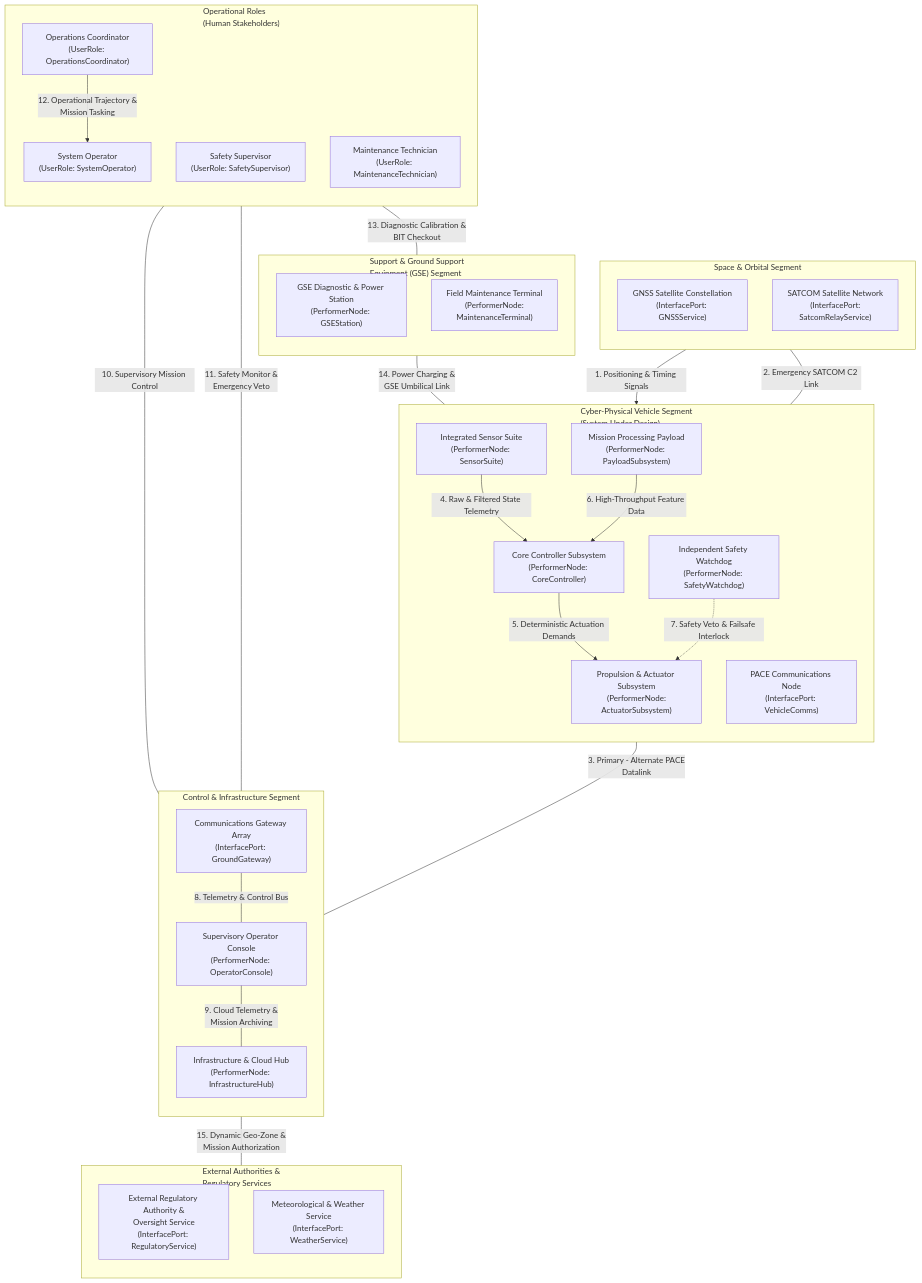
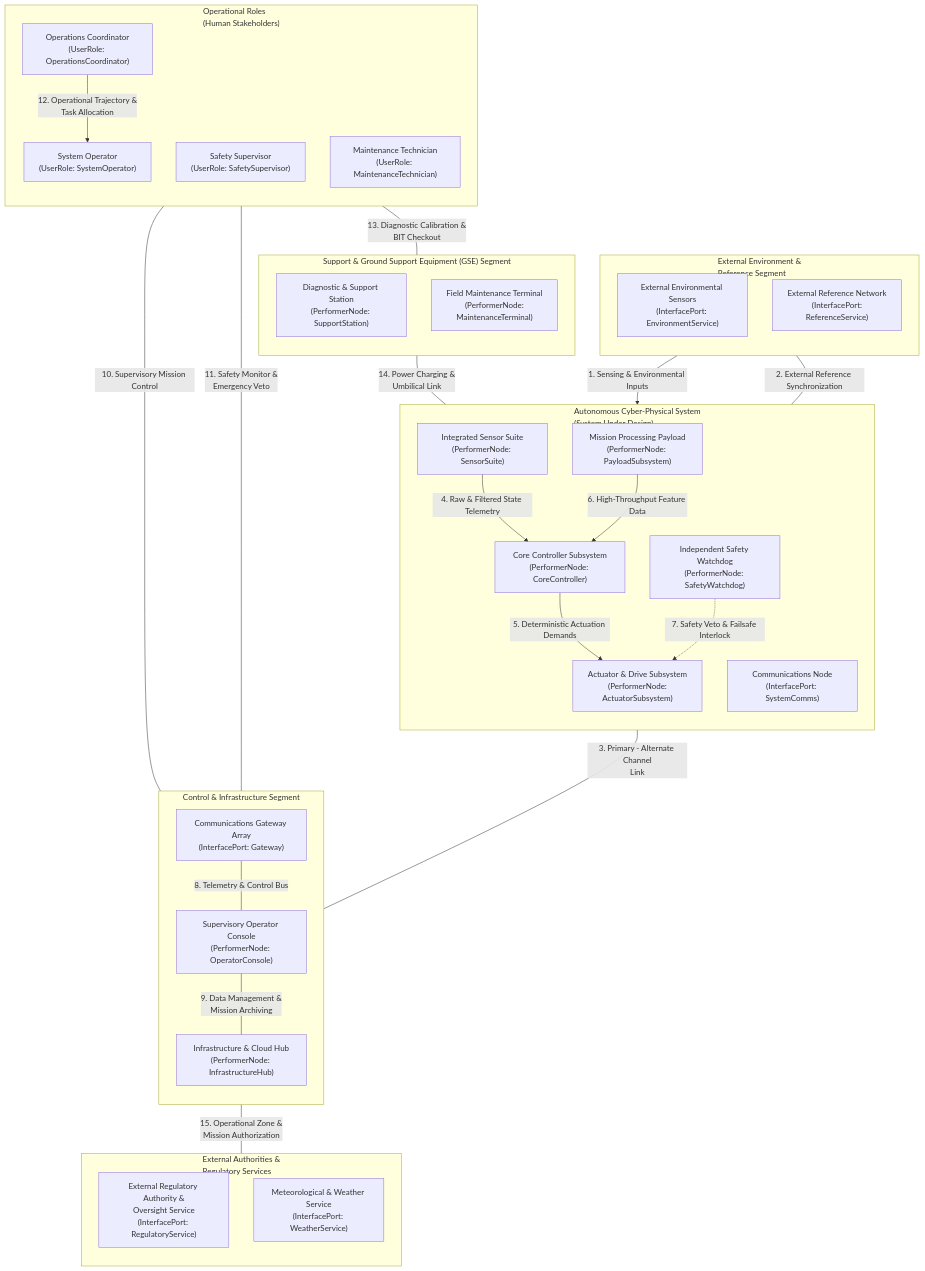
The first of 2 diagrams in skills/spec-conops-engineering/resources/units/conops/01_METADATA_AND_OVERVIEW.md (gintatkinson/DEAP-avionic-flight-safety), drawn with Mermaid before and after one commit. The commit also changed other lines of this file and 256 other files, not shown here.

````diff
--- a/skills/spec-conops-engineering/resources/units/conops/01_METADATA_AND_OVERVIEW.md
+++ b/skills/spec-conops-engineering/resources/units/conops/01_METADATA_AND_OVERVIEW.md
@@ -158,61 +158,61 @@
 ```mermaid
 flowchart TB
-    subgraph SpaceSegment["Space & Orbital Segment"]
+    subgraph ExternalEnvironmentSegment["External Environment &<br/>Reference Segment"]
         direction TB
-        GNSSConstellation["GNSS Satellite Constellation<br/>(InterfacePort: GNSSService)"]
-        SatcomRelay["SATCOM Satellite Network<br/>(InterfacePort:<br/>SatcomRelayService)"]
+        ExternalSensors["External Environmental Sensors<br/>(InterfacePort: EnvironmentService)"]
+        ExternalReference["External Reference Network<br/>(InterfacePort:<br/>ReferenceService)"]
     end
 
-    subgraph VehicleSegment["Cyber-Physical Vehicle Segment<br/>(System Under Design)"]
+    subgraph SystemSegment["Autonomous Cyber-Physical System<br/>(System Under Design)"]
         direction TB
         CoreController["Core Controller Subsystem<br/>(PerformerNode: CoreController)"]
         SensorSuite["Integrated Sensor Suite<br/>(PerformerNode: SensorSuite)"]
-        ActuatorSubsystem["Propulsion & Actuator Subsystem<br/>(PerformerNode:<br/>ActuatorSubsystem)"]
+        ActuatorSubsystem["Actuator & Drive Subsystem<br/>(PerformerNode:<br/>ActuatorSubsystem)"]
         PayloadSubsystem["Mission Processing Payload<br/>(PerformerNode: PayloadSubsystem)"]
-        VehicleComms["PACE Communications Node<br/>(InterfacePort: VehicleComms)"]
+        SystemComms["Communications Node<br/>(InterfacePort: SystemComms)"]
         SafetyWatchdog["Independent Safety Watchdog<br/>(PerformerNode: SafetyWatchdog)"]
     end
 
     subgraph ControlSegment["Control & Infrastructure Segment"]
         direction TB
         OperatorConsole["Supervisory Operator Console<br/>(PerformerNode: OperatorConsole)"]
-        GroundCommsArray["Communications Gateway Array<br/>(InterfacePort: GroundGateway)"]
+        CommsGatewayArray["Communications Gateway Array<br/>(InterfacePort: Gateway)"]
         InfrastructureHub["Infrastructure & Cloud Hub<br/>(PerformerNode: InfrastructureHub)"]
     end
 
-    subgraph SupportSegment["Support & Ground Support<br/>Equipment (GSE) Segment"]
+    subgraph SupportSegment["Support & Ground Support Equipment (GSE) Segment"]
         direction TB
-        GroundSupportEquipment["GSE Diagnostic & Power Station<br/>(PerformerNode: GSEStation)"]
+        SupportEquipment["Diagnostic & Support Station<br/>(PerformerNode: SupportStation)"]
         MaintenanceTerminal["Field Maintenance Terminal<br/>(PerformerNode:<br/>MaintenanceTerminal)"]
     end
 
     subgraph OperationalRoles["Operational Roles<br/>(Human Stakeholders)"]
         direction TB
         SystemOperator["System Operator<br/>(UserRole: SystemOperator)"]
         SafetySupervisor["Safety Supervisor<br/>(UserRole: SafetySupervisor)"]
         OperationsCoordinator["Operations Coordinator<br/>(UserRole: OperationsCoordinator)"]
         MaintenanceTechnician["Maintenance Technician<br/>(UserRole: MaintenanceTechnician)"]
     end
 
     subgraph ExternalAuthorities["External Authorities &<br/>Regulatory Services"]
         direction TB
         RegulatoryAuthority["External Regulatory Authority &<br/>Oversight Service<br/>(InterfacePort: RegulatoryService)"]
         WeatherDataService["Meteorological & Weather Service<br/>(InterfacePort: WeatherService)"]
     end
 
-    GNSSConstellation -->|"1. Positioning & Timing Signals"| SensorSuite
-    SatcomRelay ---|"2. Emergency SATCOM C2 Link"| VehicleComms
-    VehicleComms ---|"3. Primary - Alternate PACE<br/>Datalink"| GroundCommsArray
+    ExternalSensors -->|"1. Sensing & Environmental Inputs"| SensorSuite
+    ExternalReference ---|"2. External Reference Synchronization"| SystemComms
+    SystemComms ---|"3. Primary - Alternate Channel<br/>Link"| CommsGatewayArray
     SensorSuite -->|"4. Raw & Filtered State Telemetry"| CoreController
     CoreController -->|"5. Deterministic Actuation Demands"| ActuatorSubsystem
     PayloadSubsystem -->|"6. High-Throughput Feature Data"| CoreController
     SafetyWatchdog -.->|"7. Safety Veto & Failsafe Interlock"| ActuatorSubsystem
-    GroundCommsArray ---|"8. Telemetry & Control Bus"| OperatorConsole
-    OperatorConsole ---|"9. Cloud Telemetry &<br/>Mission Archiving"| InfrastructureHub
+    CommsGatewayArray ---|"8. Telemetry & Control Bus"| OperatorConsole
+    OperatorConsole ---|"9. Data Management &<br/>Mission Archiving"| InfrastructureHub
     SystemOperator ---|"10. Supervisory Mission Control"| OperatorConsole
     SafetySupervisor ---|"11. Safety Monitor &<br/>Emergency Veto"| OperatorConsole
-    OperationsCoordinator -->|"12. Operational Trajectory &<br/>Mission Tasking"| SystemOperator
+    OperationsCoordinator -->|"12. Operational Trajectory &<br/>Task Allocation"| SystemOperator
     MaintenanceTechnician ---|"13. Diagnostic Calibration &<br/>BIT Checkout"| MaintenanceTerminal
-    GroundSupportEquipment ---|"14. Power Charging &<br/>GSE Umbilical Link"| CoreController
-    OperatorConsole ---|"15. Dynamic Geo-Zone &<br/>Mission Authorization"| RegulatoryAuthority
+    SupportEquipment ---|"14. Power Charging &<br/>Umbilical Link"| CoreController
+    OperatorConsole ---|"15. Operational Zone &<br/>Mission Authorization"| RegulatoryAuthority
 ```
````
